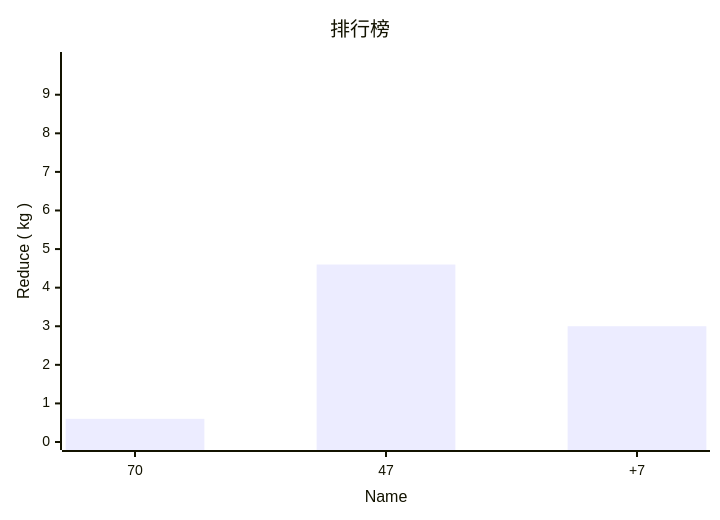
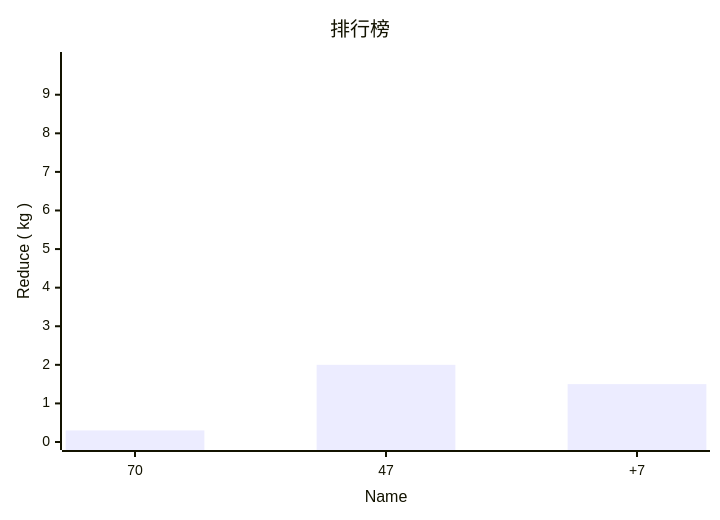
One commit to gnakilgnoh/house_of_YuanJQ changed the diagram in docs/mutual_aid_society/rank.md. Above: the diagram before and after it, drawn with Mermaid. The commit also changed 3 other files, not shown here.

````diff
--- a/docs/mutual_aid_society/rank.md
+++ b/docs/mutual_aid_society/rank.md
@@ -7,7 +7,7 @@
 ```mermaid
 xychart-beta
     title "排行榜"
     x-axis " Name "[70, 47, +7]
     y-axis " Reduce ( kg )" 0 --> 9.9
-    bar [0.6, 4.6, 3.0]
+    bar [0.3, 2, 1.5]
 ```
````
